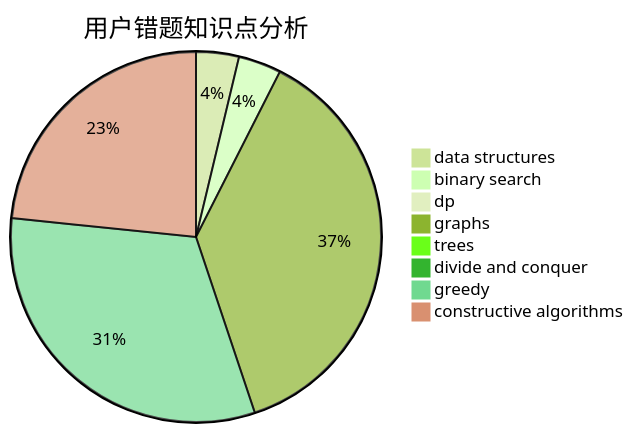
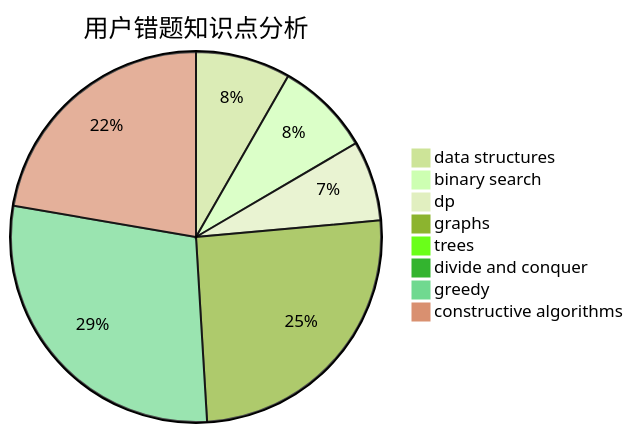
One commit to sherpahu/cfrs.github.io changed the third of 3 diagrams in docs/user/u433.md. Above: the diagram before and after it, drawn with Mermaid (forest theme). The commit also changed other lines of this file and 2770 other files, not shown here.

````diff
--- a/docs/user/u433.md
+++ b/docs/user/u433.md
@@ -36,11 +36,11 @@
 ```mermaid
 pie title 用户错题知识点分析
-    "data structures" :  4
-    "binary search" :  4
-    "dp" :  1
+    "data structures" :  13
+    "binary search" :  13
+    "dp" :  11
     "graphs" :  40
     "trees" :  0
     "divide and conquer" :  0
-    "greedy" :  34
-    "constructive algorithms" :  25
+    "greedy" :  45
+    "constructive algorithms" :  35
 ```
````
